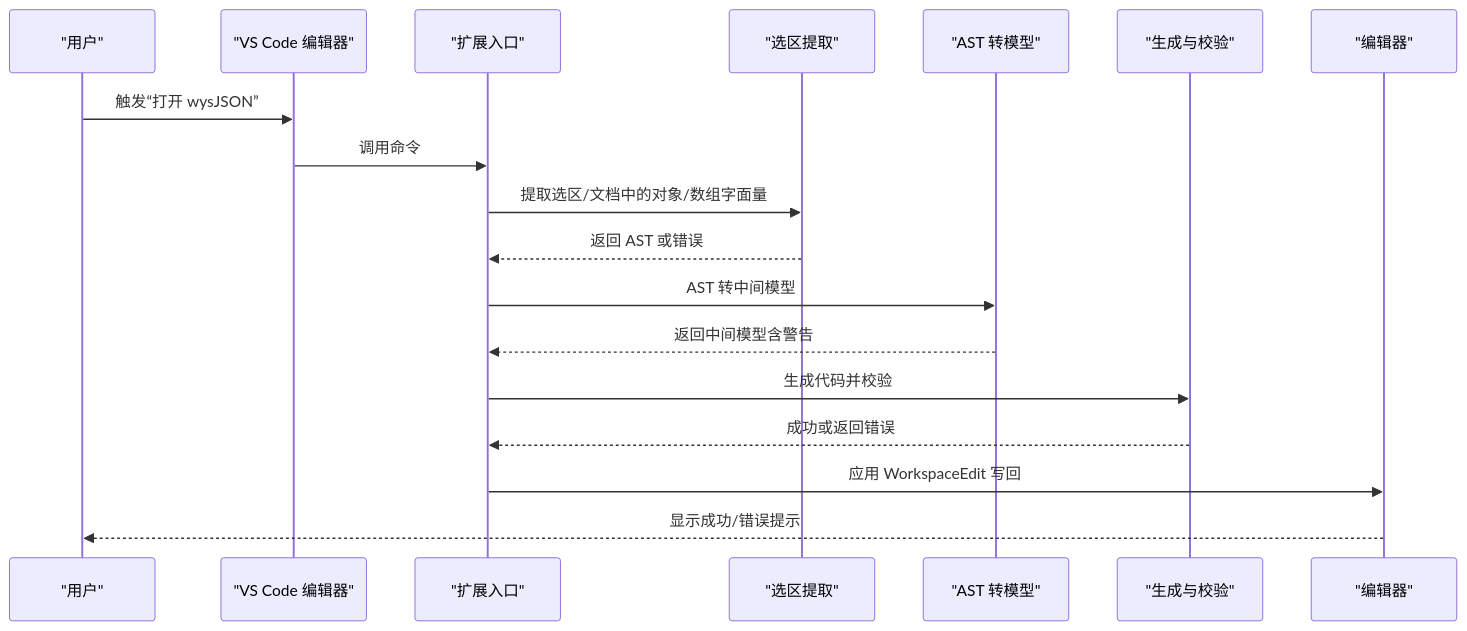
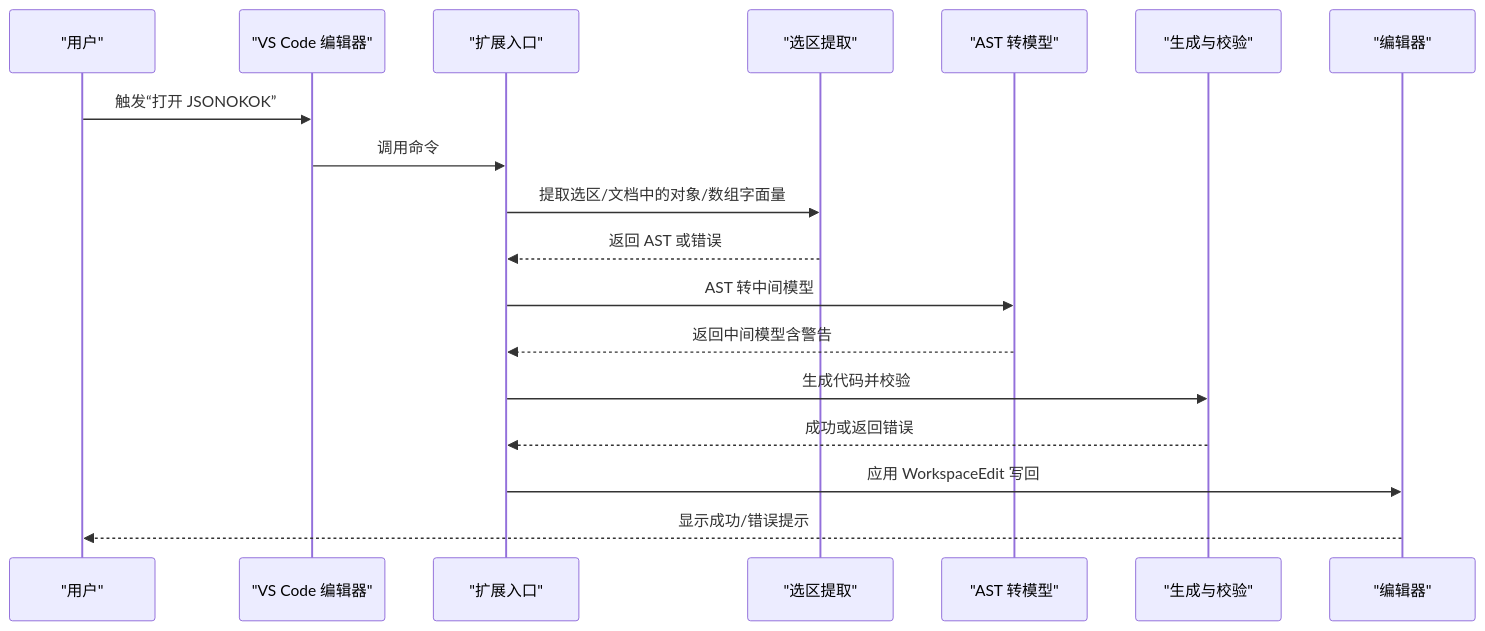
One commit to meiok1/wysjson changed the second of 7 diagrams in .qoder/repowiki/zh/content/高级功能特性/数据验证与错误处理.md. Above: the diagram before and after it, drawn with Mermaid. The commit also changed other lines of this file and 390 other files, not shown here.

````diff
--- a/.qoder/repowiki/zh/content/高级功能特性/数据验证与错误处理.md
+++ b/.qoder/repowiki/zh/content/高级功能特性/数据验证与错误处理.md
@@ -90,20 +90,20 @@
 ```mermaid
 sequenceDiagram
 participant U as "用户"
 participant VS as "VS Code 编辑器"
 participant EXT as "扩展入口"
 participant EX as "选区提取"
 participant TM as "AST 转模型"
 participant FM as "生成与校验"
 participant ED as "编辑器"
-U->>VS : 触发“打开 wysJSON”
+U->>VS : 触发“打开 JSONOKOK”
 VS->>EXT : 调用命令
 EXT->>EX : 提取选区/文档中的对象/数组字面量
 EX-->>EXT : 返回 AST 或错误
 EXT->>TM : AST 转中间模型
 TM-->>EXT : 返回中间模型含警告
 EXT->>FM : 生成代码并校验
 FM-->>EXT : 成功或返回错误
 EXT->>ED : 应用 WorkspaceEdit 写回
 ED-->>U : 显示成功/错误提示
 ```
````
